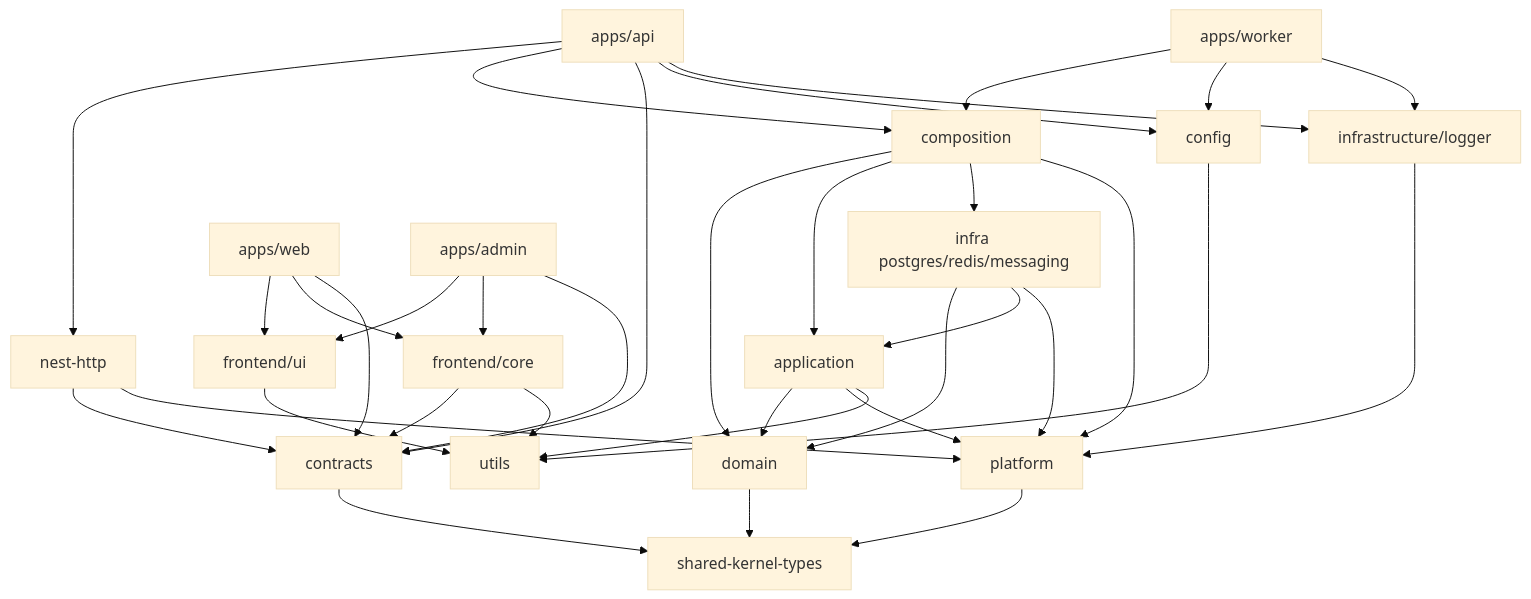
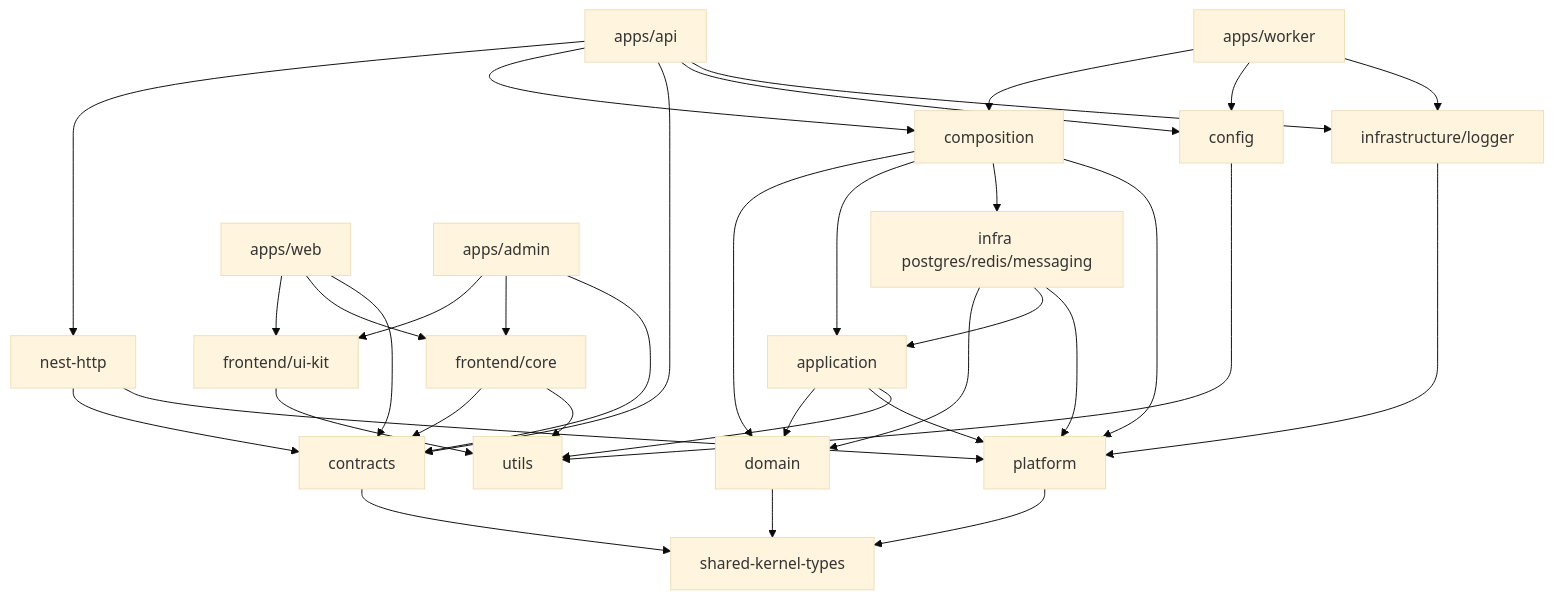
Before and after one commit to VladimirGhrejyan/b2b-saas-starter-kit: the diagram in docs/architecture/workspace-topology.md, drawn with Mermaid (base theme). The commit also changed other lines of this file and 16 other files, not shown here.

````diff
--- a/docs/architecture/workspace-topology.md
+++ b/docs/architecture/workspace-topology.md
@@ -100,58 +100,58 @@
 ```mermaid
 flowchart TB
   skt[shared-kernel-types]
   utils[utils]
   contracts[contracts]
   cfg[config]
 
   domain[domain]
   platform[platform]
   application[application]
   infra["infra postgres/redis/messaging"]
   loggerPkg[infrastructure/logger]
   nestHttp[nest-http]
   composition[composition]
 
   api[apps/api]
   worker[apps/worker]
 
-  ui[frontend/ui]
+  ui[frontend/ui-kit]
   core[frontend/core]
   web[apps/web]
   admin[apps/admin]
 
   contracts --> skt
   cfg --> utils
   domain --> skt
   platform --> skt
   application --> domain
   application --> platform
   application --> utils
   infra --> domain
   infra --> application
   infra --> platform
   loggerPkg --> platform
   nestHttp --> contracts
   nestHttp --> platform
   composition --> domain
   composition --> application
   composition --> infra
   composition --> platform
   api --> nestHttp
   api --> composition
   api --> contracts
   api --> cfg
   api --> loggerPkg
   worker --> composition
   worker --> cfg
   worker --> loggerPkg
   core --> contracts
   core --> utils
   ui --> utils
   web --> ui
   web --> core
   web --> contracts
   admin --> ui
   admin --> core
   admin --> contracts
 ```
````
